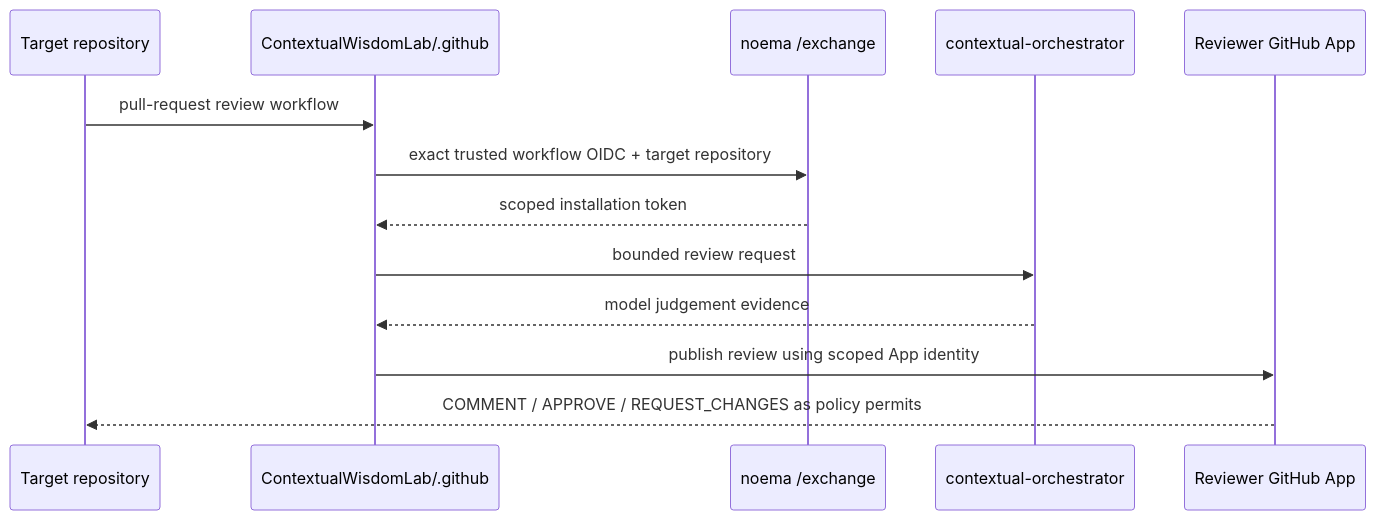
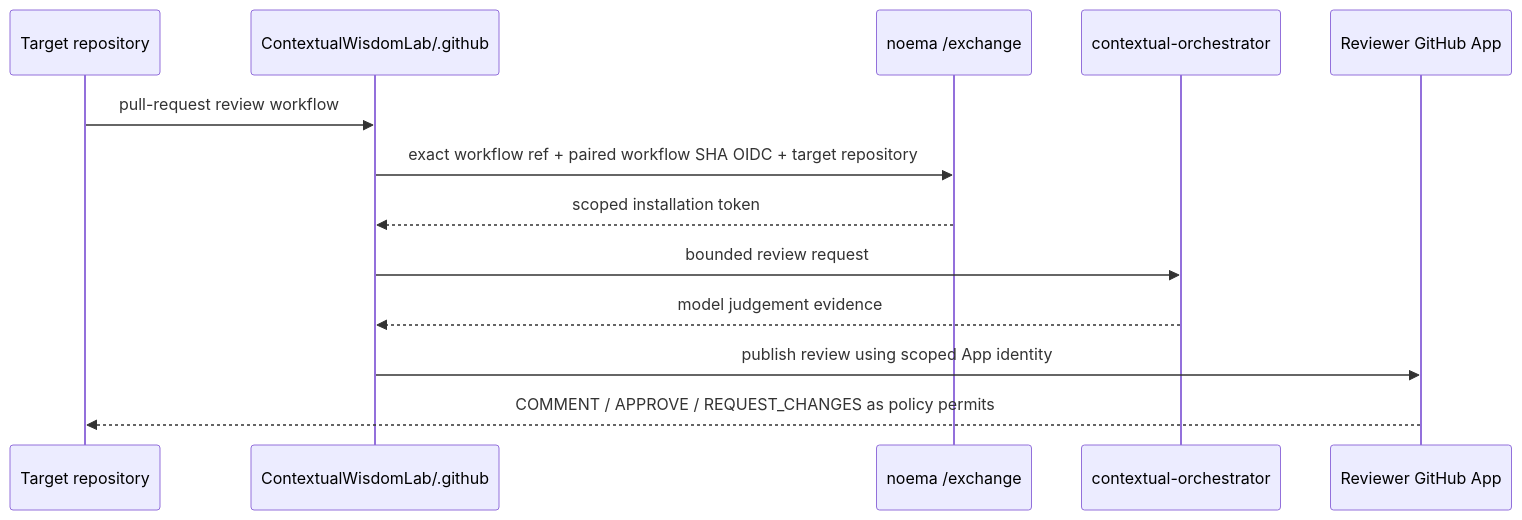
The second of 2 diagrams in ARCHITECTURE.md (ContextualWisdomLab/noema), drawn with Mermaid before and after one commit. The commit also changed other lines of this file, not shown here.

Commit message:
docs(architecture): bind workflow source and alarm semantics

````diff
--- a/ARCHITECTURE.md
+++ b/ARCHITECTURE.md
@@ -43,16 +50,16 @@
 ```mermaid
 sequenceDiagram
   participant Repo as Target repository
   participant GH as ContextualWisdomLab/.github
   participant Noema as noema /exchange
   participant Orch as contextual-orchestrator
   participant App as Reviewer GitHub App
 
   Repo->>GH: pull-request review workflow
-  GH->>Noema: exact trusted workflow OIDC + target repository
+  GH->>Noema: exact workflow ref + paired workflow SHA OIDC + target repository
   Noema-->>GH: scoped installation token
   GH->>Orch: bounded review request
   Orch-->>GH: model judgement evidence
   GH->>App: publish review using scoped App identity
   App-->>Repo: COMMENT / APPROVE / REQUEST_CHANGES as policy permits
 ```
````
